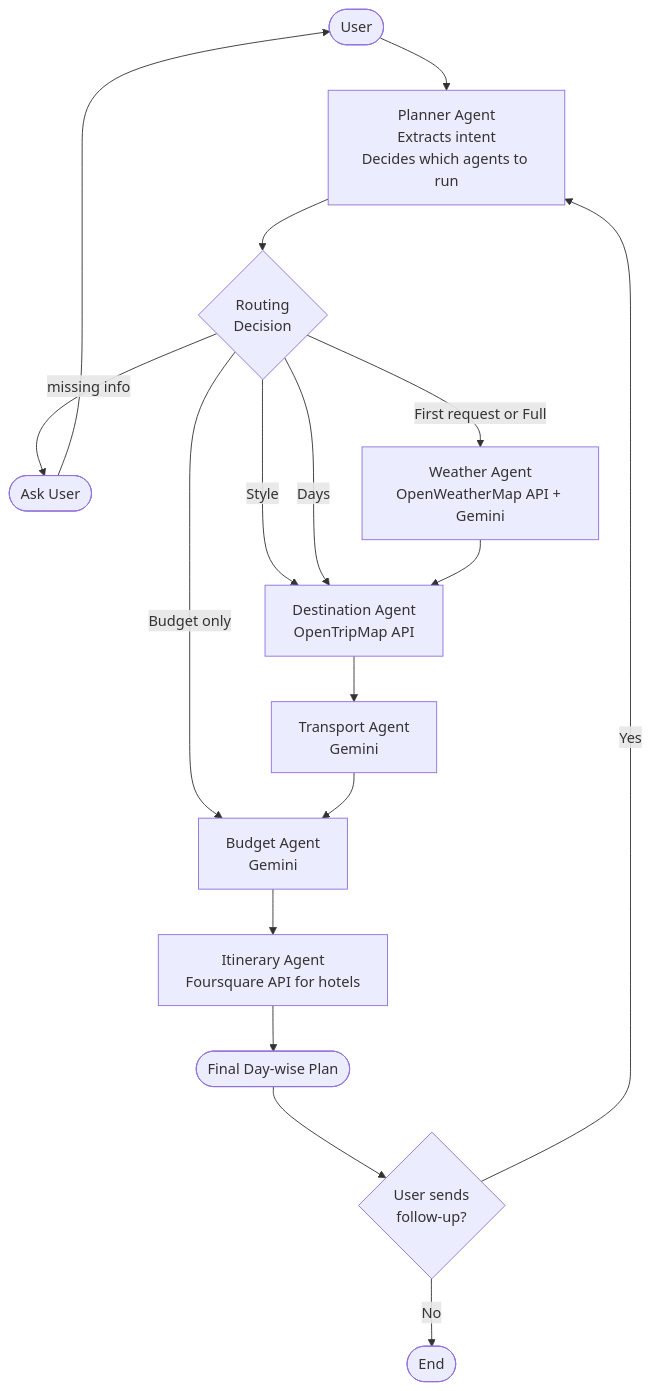
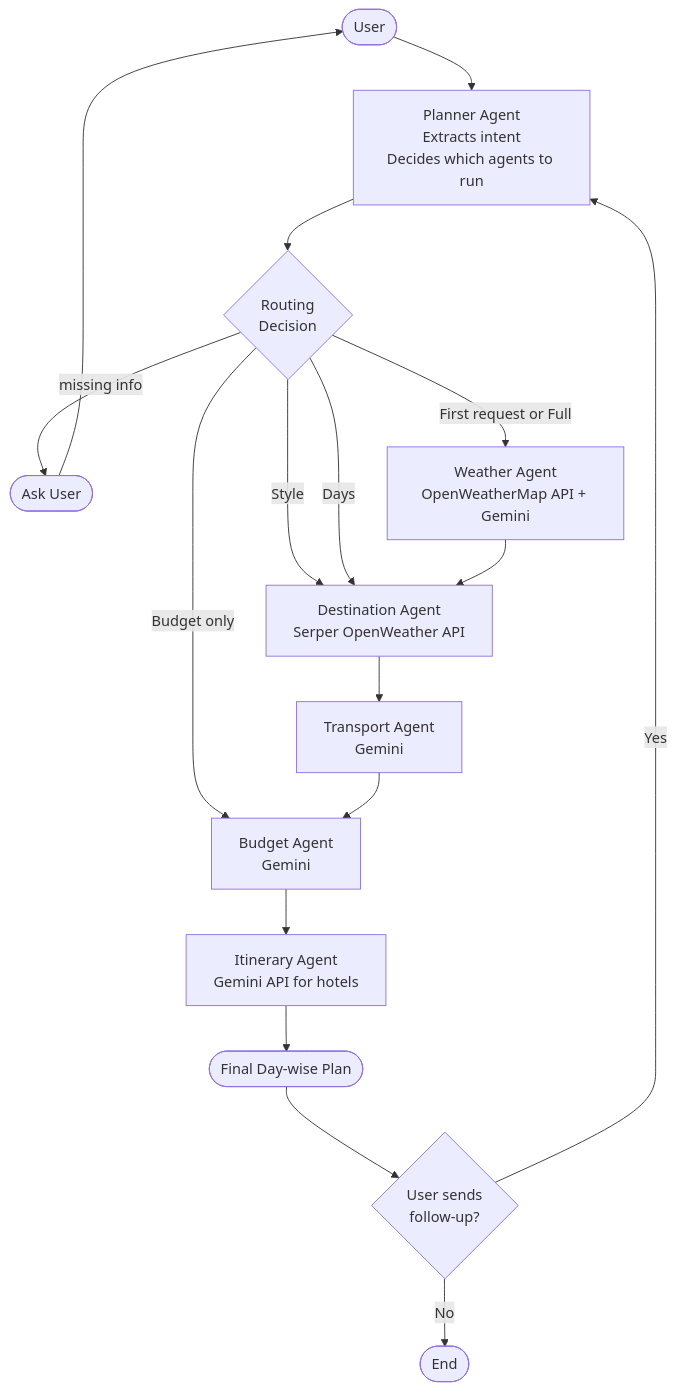
The diagram in README.md (amitbhagat12/Smart_Trip_Planning_Assistant), drawn with Mermaid before and after one commit.

Commit message:
Updated code

````diff
--- a/README.md
+++ b/README.md
@@ -13,35 +13,35 @@
 ```mermaid
 
 flowchart TD
 
    U([User]) --> PL[Planner Agent<br/>Extracts intent<br/>Decides which agents to run]
 
    PL --> RD{Routing<br/>Decision}
 
    RD -->|missing info| ASK([Ask User]) --> U
 
    RD -->|First request or Full| W[Weather Agent<br/>OpenWeatherMap API + Gemini]
 
    RD -->|Style| D
 
    RD -->|Days| D
 
    RD -->|Budget only| B
 
-   W --> D[Destination Agent<br/>OpenTripMap API]
+   W --> D[Destination Agent<br/>Serper OpenWeather API]
 
    D --> T[Transport Agent<br/>Gemini]
 
    T --> B[Budget Agent<br/>Gemini]
 
-   B --> I[Itinerary Agent<br/>Foursquare API for hotels]
+   B --> I[Itinerary Agent<br/>Gemini API for hotels]
 
    I --> OUT([Final Day-wise Plan])
 
    OUT --> FU{User sends<br/>follow-up?}
 
    FU -->|No| END([End])
 
    FU -->|Yes| PL
 
 ```
````
